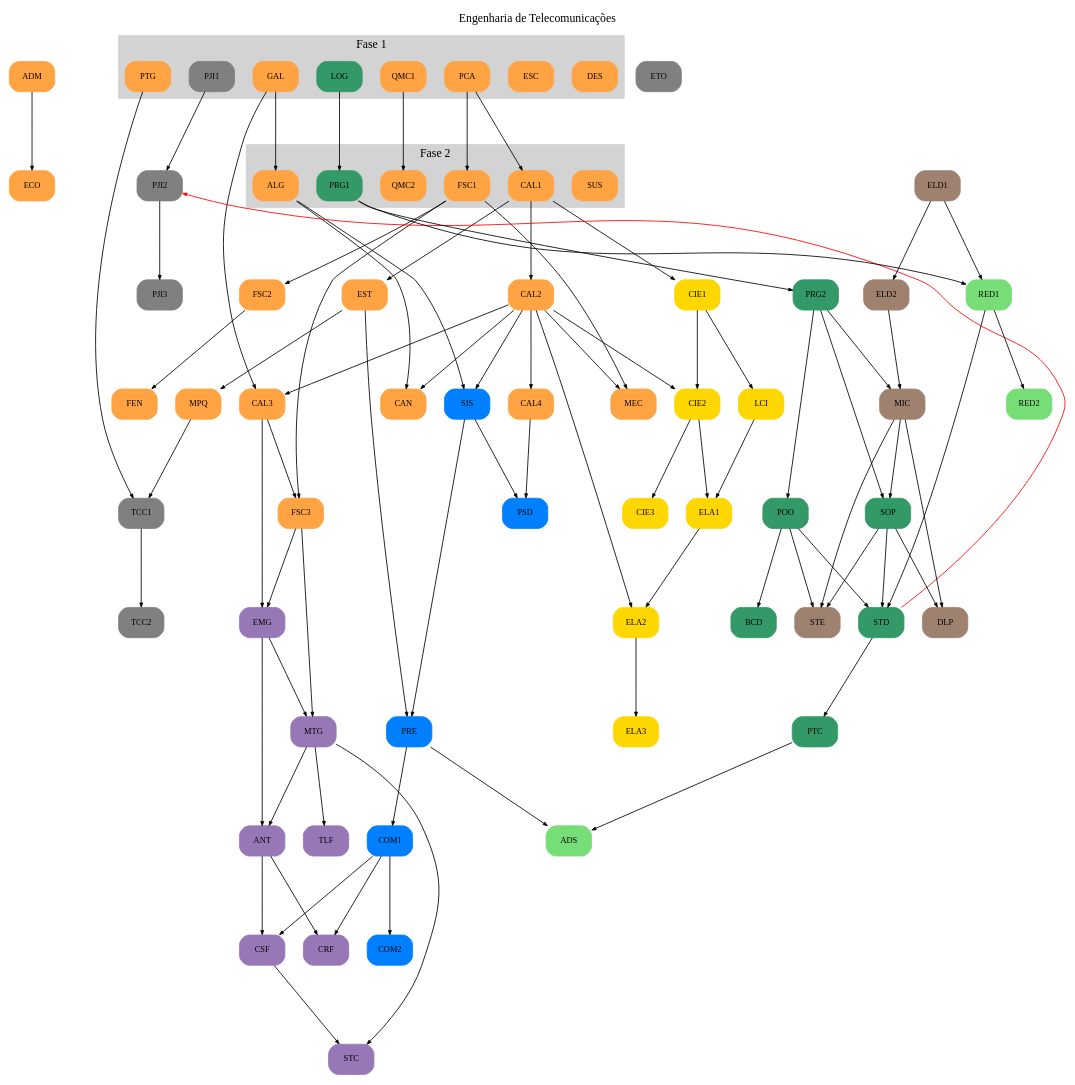
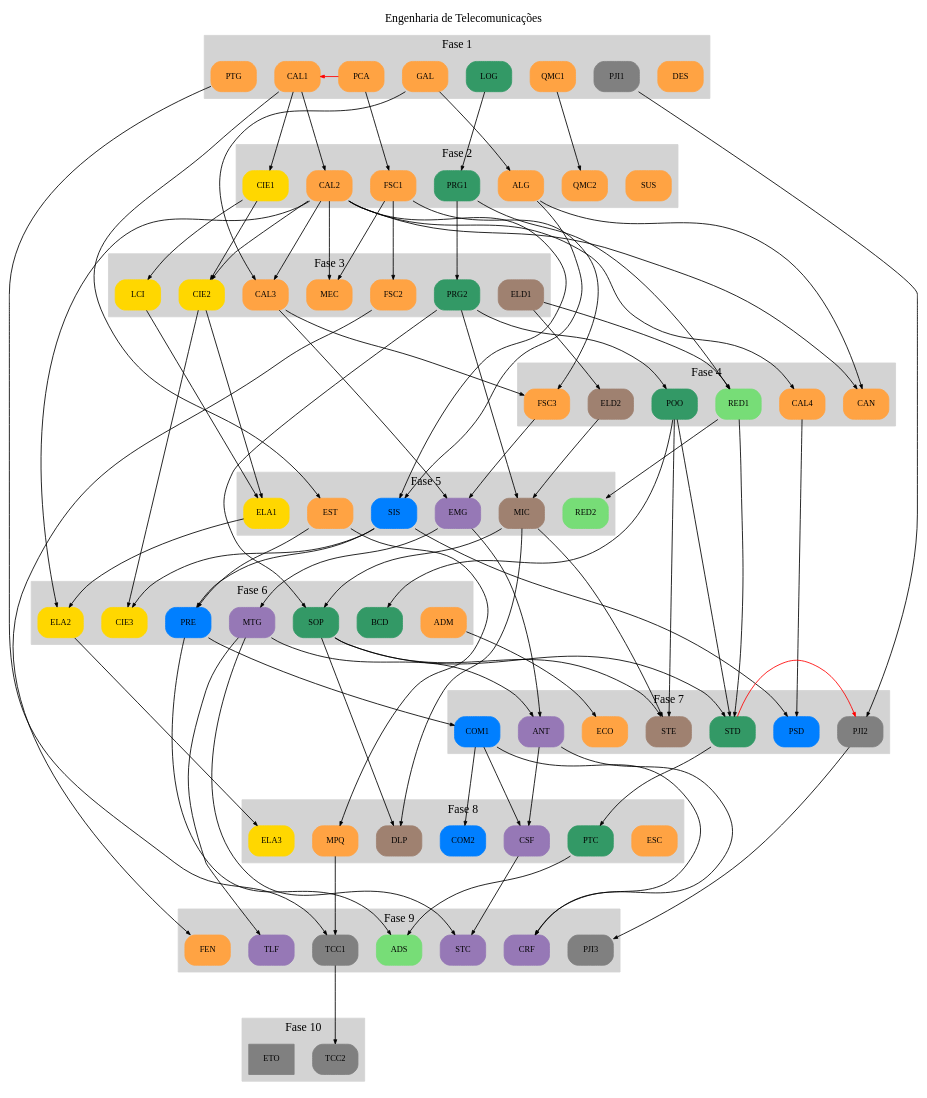
One commit to emersonmello/grade-dot-engtelecom changed the diagram in engtelecom.dot. Above: the diagram before and after it, drawn with Graphviz. The commit also changed 2 other files, not shown here.

Commit message:
PCA como co-requisito de CAL1

```diff
--- a/engtelecom.dot
+++ b/engtelecom.dot
@@ -18,8 +18,9 @@
     {} -> PTG
     {} -> QMC1
     {} -> SUS
+
     {GAL} -> ALG
-    {PCA} -> CAL1
+    // {PCA} -> CAL1
     {CAL1} -> CAL2
     {GAL CAL2} -> CAL3
     {CAL2} -> CAL4
@@ -37,7 +38,7 @@
     // Eixo amarelo
     {CAL1} -> CIE1
     {CIE1 CAL2} -> CIE2
-    {CIE2} -> CIE3
+    {CIE2 SIS} -> CIE3 # TODO verificar
     {CIE2 LCI} -> ELA1
     {CAL2 ELA1} -> ELA2
     {ELA2} -> ELA3
@@ -52,9 +53,9 @@
 
     // Eixo cinza
     {} -> PJI1
-    {PJI1} -> PJI2
-    {STD} -> PJI2 [color="#ff0000" constraint=false]
+    {PJI1} -> PJI2 # TODO colocar STD como pré-requisito
     {PJI2} -> PJI3
+    {STD} -> PJI2 [color="#FF0000" constraint=false]
     {MPQ PTG} -> TCC1 # TODO colocar CH como pré-requisito
     {TCC1} -> TCC2
 
@@ -70,7 +71,7 @@
     {COM1 ANT} -> CRF # TODO
     {ANT COM1} -> CSF
     {FSC3 CAL3} -> EMG # TODO
-    {EMG FSC3} -> MTG
+    {EMG} -> MTG # TODO
     {MTG CSF} -> STC
     {MTG} -> TLF # TODO
 
@@ -91,22 +92,97 @@
 
 
 
-    subgraph clusterFase1 {
+    // Fases
+
+    subgraph cluster_fase1 {
         label = "Fase 1"
         style = filled
         color = lightgrey
 
-        LOG PCA GAL DES QMC1 PJI1 PTG ESC
+        {PCA} -> CAL1 [constraint=false,color="#FF0000"]
+        LOG GAL DES QMC1 PTG PJI1
     }
 
     subgraph cluster_fase2 {
-    label = "Fase 2"
-    style = filled
-    color = lightgrey
+        label = "Fase 2"
+        style = filled
+        color = lightgrey
 
-    PRG1 CAL1 FSC1 ALG QMC2 SUS 
+        PRG1 CAL2 FSC1 ALG QMC2 SUS CIE1
+    }
 
-  }
+    subgraph cluster_fase3 {
+        label = "Fase 3"
+        style = filled
+        color = lightgrey
+
+        PRG2 CAL3 FSC2 ELD1 CIE2 MEC LCI
+    }
+
+    subgraph cluster_fase4 {
+        label = "Fase 4"
+        style=filled
+        color=lightgrey
+        node [style=filled,color=white]
+
+        POO RED1 MEC ELD2 FSC3 CAN CAL4  
+    }
+
+    subgraph cluster_fase5 {
+        label = "Fase 5"
+        style=filled
+        color=lightgrey
+        node [style=filled,color=white]
+
+        SIS EST  RED2 EMG  ELA1  MIC
+    }
+
+    subgraph cluster_fase6 {
+        label = "Fase 6"
+        style=filled
+        color=lightgrey
+        node [style=filled,color=white]
+
+        SOP BCD ELA2 MTG PRE CIE3 ADM
+    }
+
+    subgraph cluster_fase7 {
+        label = "Fase 7"
+        style=filled
+        color=lightgrey
+        node [style=filled,color=white]
+    
+        
+        STD PJI2 PSD ANT STE COM1 ECO
+       
+    }
+
+    subgraph cluster_fase8 {
+        label = "Fase 8"
+        style=filled
+        color=lightgrey
+        node [style=filled,color=white]
+
+        MPQ CSF COM2 PTC ELA3 DLP ESC BCD 
+    }
+
+    subgraph cluster_fase9 {
+        label = "Fase 9"
+        style=filled
+        color=lightgrey
+        node [style=filled,color=white]
+
+        ADS PJI3 TCC1 STC CRF TLF FEN
+    }
+
+    subgraph cluster_fase10 {
+        label = "Fase 10"
+        style=filled
+        color=lightgrey
+        node [style=filled,color=white]
+
+        TCC2 ETO
+    }
 
 
     // propriedades dos nós
```
